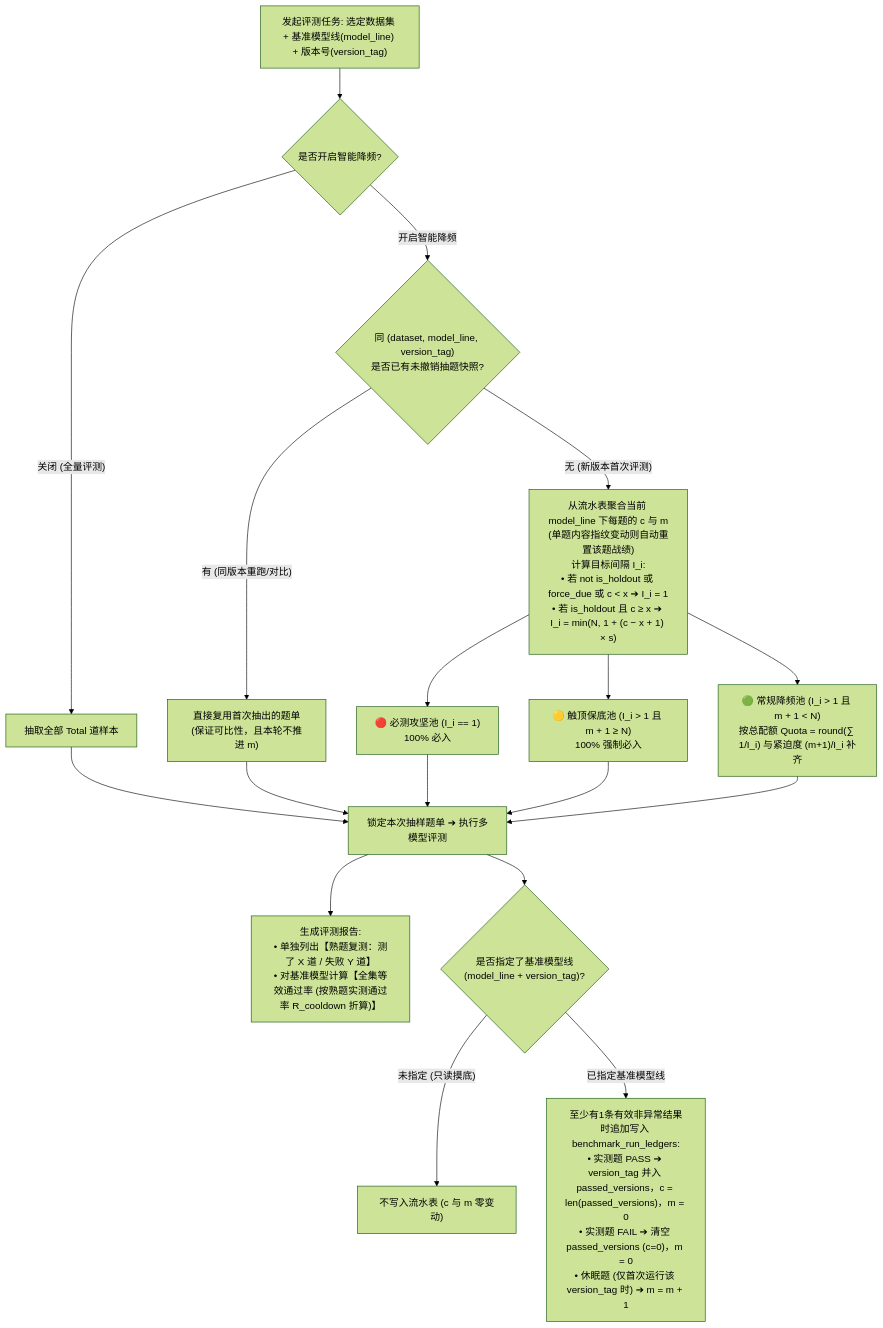
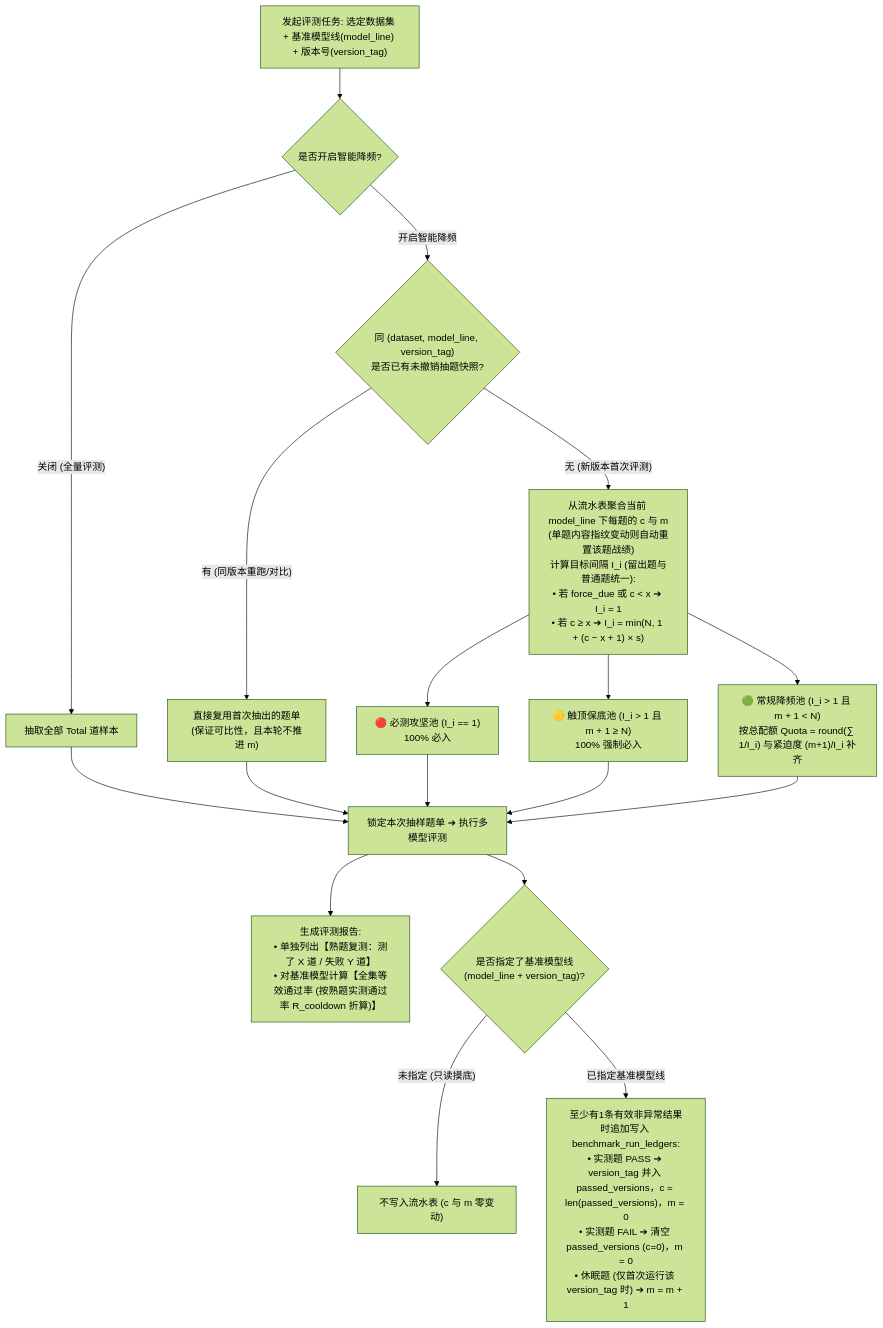
The diagram in docs/BENCHMARK_SAMPLING_FILTER_DESIGN.md (sharmt1411/eval-platform), drawn with Mermaid (forest theme) before and after one commit. The commit also changed other lines of this file and 9 other files, not shown here.

````diff
--- a/docs/BENCHMARK_SAMPLING_FILTER_DESIGN.md
+++ b/docs/BENCHMARK_SAMPLING_FILTER_DESIGN.md
@@ -57,23 +57,23 @@
 ```mermaid
 flowchart TD
     A["发起评测任务: 选定数据集 + 基准模型线(model_line) + 版本号(version_tag)"] --> B{"是否开启智能降频?"}
     B -- "关闭 (全量评测)" --> C["抽取全部 Total 道样本"]
     
     B -- "开启智能降频" --> D{"同 (dataset, model_line, version_tag)\n是否已有未撤销抽题快照?"}
     D -- "有 (同版本重跑/对比)" --> E["直接复用首次抽出的题单\n(保证可比性，且本轮不推进 m)"]
-    D -- "无 (新版本首次评测)" --> G["从流水表聚合当前 model_line 下每题的 c 与 m\n(单题内容指纹变动则自动重置该题战绩)\n计算目标间隔 I_i:\n• 若 not is_holdout 或 force_due 或 c < x ➔ I_i = 1\n• 若 is_holdout 且 c ≥ x ➔ I_i = min(N, 1 + (c − x + 1) × s)"]
+    D -- "无 (新版本首次评测)" --> G["从流水表聚合当前 model_line 下每题的 c 与 m\n(单题内容指纹变动则自动重置该题战绩)\n计算目标间隔 I_i (留出题与普通题统一):\n• 若 force_due 或 c < x ➔ I_i = 1\n• 若 c ≥ x ➔ I_i = min(N, 1 + (c − x + 1) × s)"]
     
     G --> H1["🔴 必测攻坚池 (I_i == 1)\n100% 必入"]
     G --> H2["🟡 触顶保底池 (I_i > 1 且 m + 1 ≥ N)\n100% 强制必入"]
     G --> H3["🟢 常规降频池 (I_i > 1 且 m + 1 < N)\n按总配额 Quota = round(∑ 1/I_i) 与紧迫度 (m+1)/I_i 补齐"]
     
     H1 & H2 & H3 --> I["锁定本次抽样题单 ➔ 执行多模型评测"]
     C --> I
     E --> I
     
     I --> J["生成评测报告:\n• 单独列出【熟题复测：测了 X 道 / 失败 Y 道】\n• 对基准模型计算【全集等效通过率 (按熟题实测通过率 R_cooldown 折算)】"]
     
     I --> K{"是否指定了基准模型线\n(model_line + version_tag)?"}
     K -- "未指定 (只读摸底)" --> L["不写入流水表 (c 与 m 零变动)"]
     K -- "已指定基准模型线" --> M["至少有1条有效非异常结果时追加写入 benchmark_run_ledgers:\n• 实测题 PASS ➔ version_tag 并入 passed_versions，c = len(passed_versions)，m = 0\n• 实测题 FAIL ➔ 清空 passed_versions (c=0)，m = 0\n• 休眠题 (仅首次运行该 version_tag 时) ➔ m = m + 1"]
 ```
````
